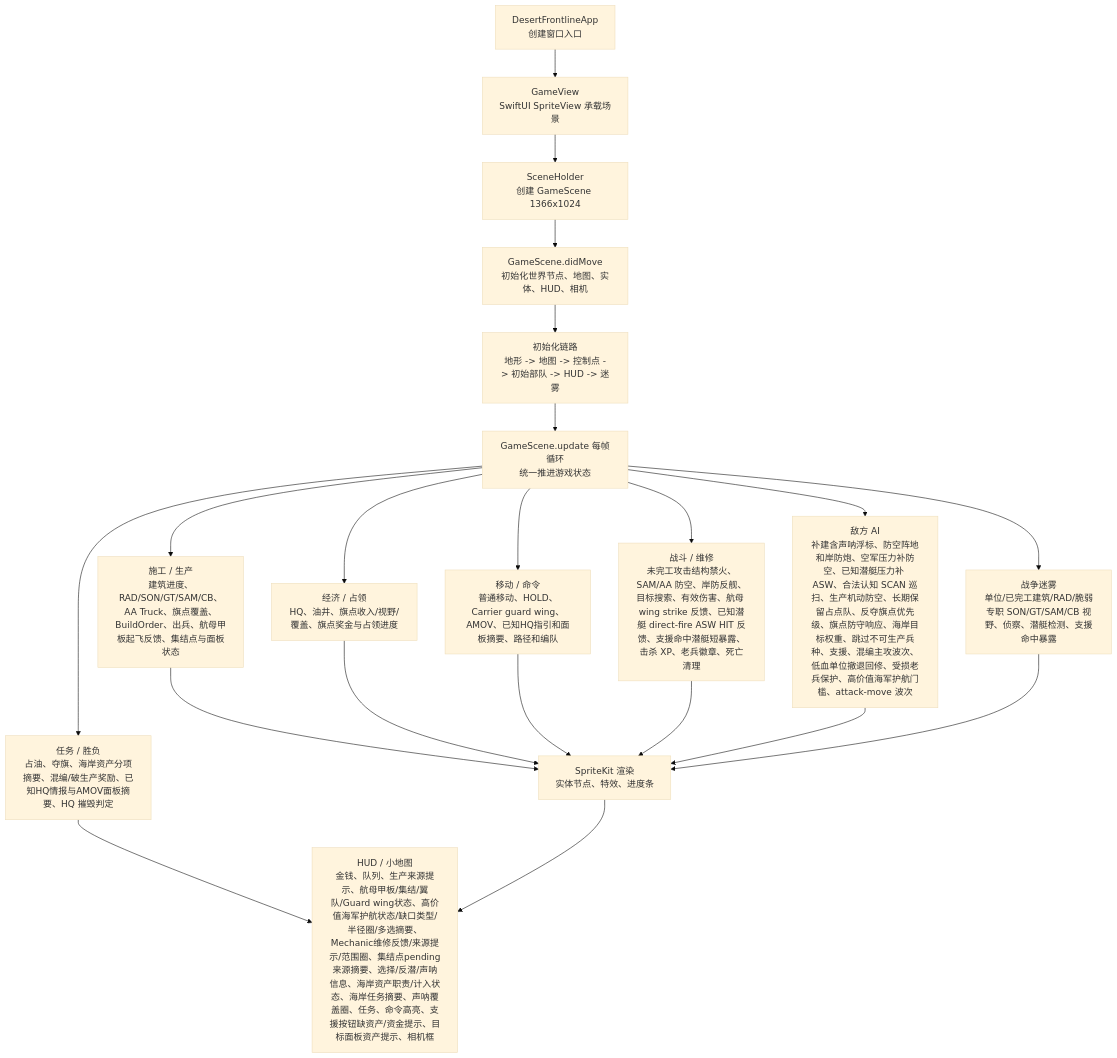
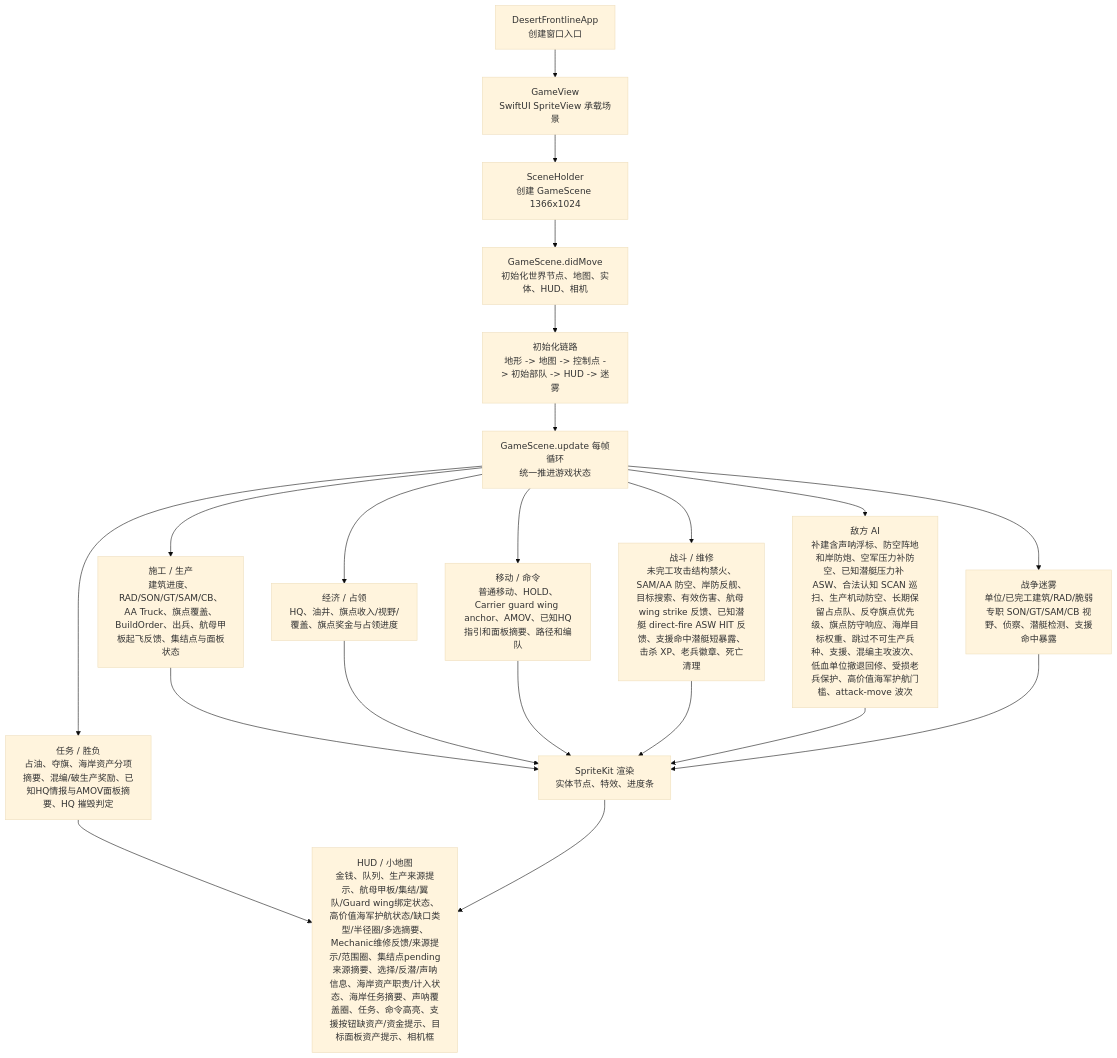
One commit to Altman-sam114/1145 changed the first of 3 diagrams in md/flow/flowchart.md. Above: the diagram before and after it, drawn with Mermaid (base theme). The commit also changed other lines of this file and 4 other files, not shown here.

````diff
--- a/md/flow/flowchart.md
+++ b/md/flow/flowchart.md
@@ -9,23 +9,23 @@
 ```mermaid
 flowchart TD
   App["DesertFrontlineApp\n创建窗口入口"] --> View["GameView\nSwiftUI SpriteView 承载场景"]
   View --> Holder["SceneHolder\n创建 GameScene 1366x1024"]
   Holder --> Scene["GameScene.didMove\n初始化世界节点、地图、实体、HUD、相机"]
   Scene --> Init["初始化链路\n地形 -> 地图 -> 控制点 -> 初始部队 -> HUD -> 迷雾"]
   Init --> Loop["GameScene.update 每帧循环\n统一推进游戏状态"]
   Loop --> Build["施工 / 生产\n建筑进度、RAD/SON/GT/SAM/CB、AA Truck、旗点覆盖、BuildOrder、出兵、航母甲板起飞反馈、集结点与面板状态"]
   Loop --> Economy["经济 / 占领\nHQ、油井、旗点收入/视野/覆盖、旗点奖金与占领进度"]
-  Loop --> Commands["移动 / 命令\n普通移动、HOLD、Carrier guard wing、AMOV、已知HQ指引和面板摘要、路径和编队"]
+  Loop --> Commands["移动 / 命令\n普通移动、HOLD、Carrier guard wing anchor、AMOV、已知HQ指引和面板摘要、路径和编队"]
   Loop --> Combat["战斗 / 维修\n未完工攻击结构禁火、SAM/AA 防空、岸防反舰、目标搜索、有效伤害、航母 wing strike 反馈、已知潜艇 direct-fire ASW HIT 反馈、支援命中潜艇短暴露、击杀 XP、老兵徽章、死亡清理"]
   Loop --> AI["敌方 AI\n补建含声呐浮标、防空阵地和岸防炮、空军压力补防空、已知潜艇压力补 ASW、合法认知 SCAN 巡扫、生产机动防空、长期保留占点队、反夺旗点优先级、旗点防守响应、海岸目标权重、跳过不可生产兵种、支援、混编主攻波次、低血单位撤退回修、受损老兵保护、高价值海军护航门槛、attack-move 波次"]
   Loop --> Fog["战争迷雾\n单位/已完工建筑/RAD/脆弱专职 SON/GT/SAM/CB 视野、侦察、潜艇检测、支援命中暴露"]
   Loop --> Mission["任务 / 胜负\n占油、夺旗、海岸资产分项摘要、混编/破生产奖励、已知HQ情报与AMOV面板摘要、HQ 摧毁判定"]
   Build --> Render["SpriteKit 渲染\n实体节点、特效、进度条"]
   Economy --> Render
   Commands --> Render
   Combat --> Render
   AI --> Render
   Fog --> Render
-  Mission --> HUD["HUD / 小地图\n金钱、队列、生产来源提示、航母甲板/集结/翼队/Guard wing状态、高价值海军护航状态/缺口类型/半径圈/多选摘要、Mechanic维修反馈/来源提示/范围圈、集结点pending来源摘要、选择/反潜/声呐信息、海岸资产职责/计入状态、海岸任务摘要、声呐覆盖圈、任务、命令高亮、支援按钮缺资产/资金提示、目标面板资产提示、相机框"]
+  Mission --> HUD["HUD / 小地图\n金钱、队列、生产来源提示、航母甲板/集结/翼队/Guard wing绑定状态、高价值海军护航状态/缺口类型/半径圈/多选摘要、Mechanic维修反馈/来源提示/范围圈、集结点pending来源摘要、选择/反潜/声呐信息、海岸资产职责/计入状态、海岸任务摘要、声呐覆盖圈、任务、命令高亮、支援按钮缺资产/资金提示、目标面板资产提示、相机框"]
   Render --> HUD
 ```
````
